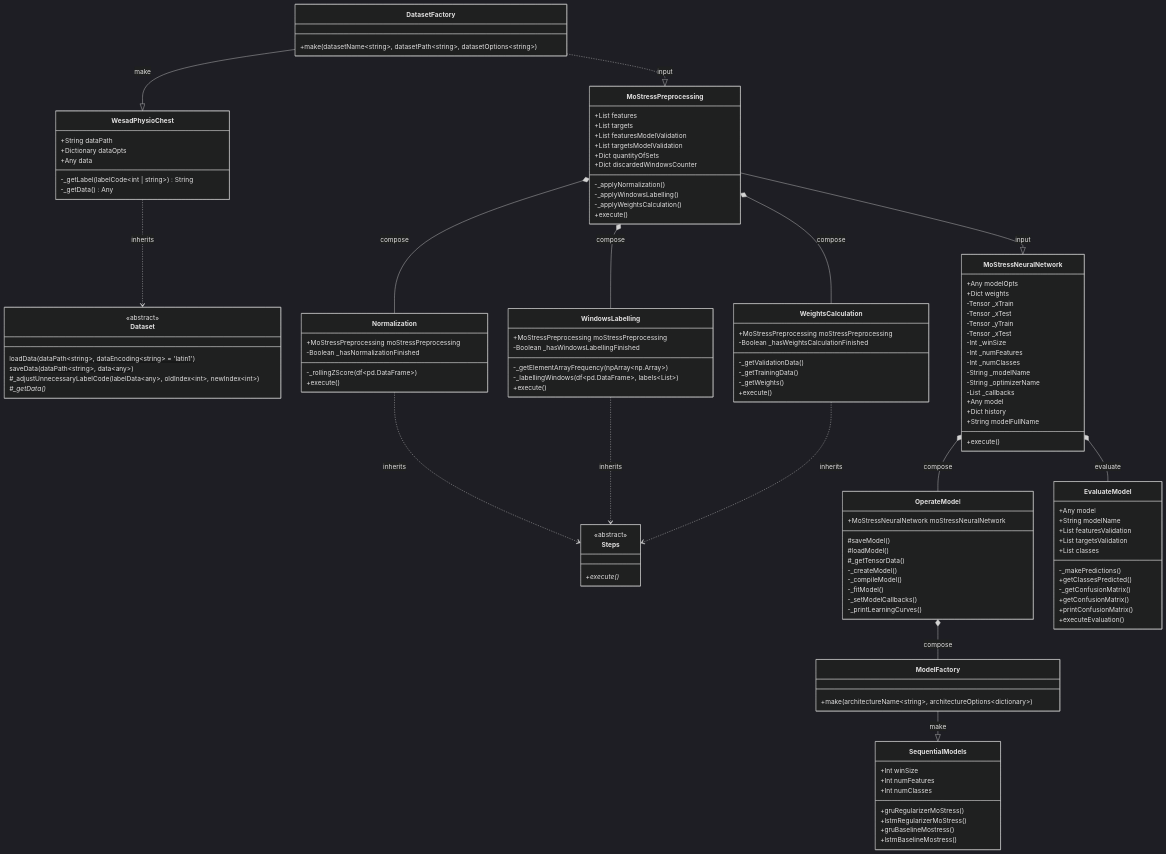
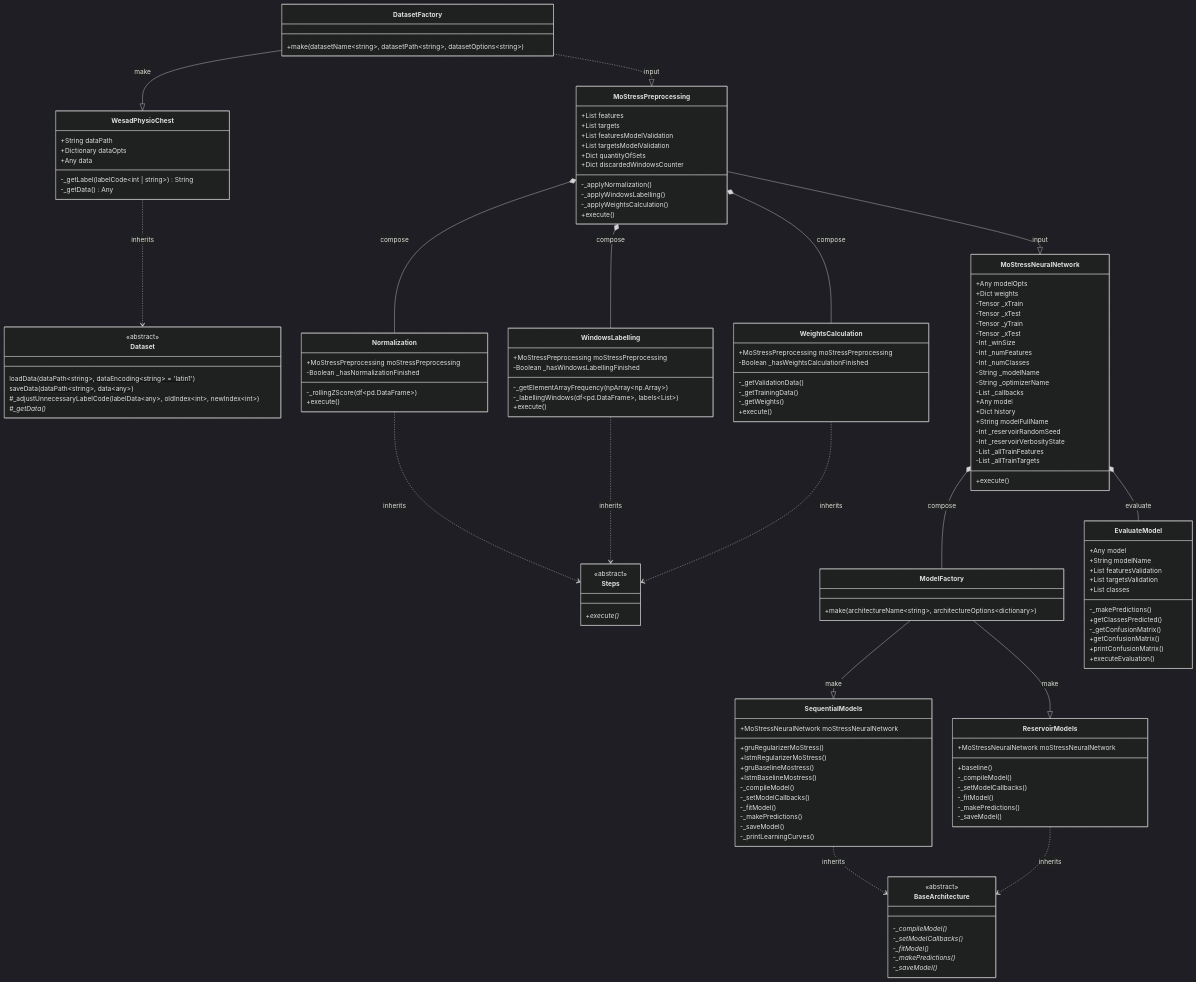
One commit to ramos-ai/MoStress changed the diagram in README.md. Above: the diagram before and after it, drawn with Mermaid (dark theme). The commit also changed other lines of this file, not shown here.

````diff
--- a/README.md
+++ b/README.md
@@ -164,27 +166,37 @@
   class ModelFactory {
     +make(architectureName~string~, architectureOptions~dictionary~)
   }
-  class SequentialModels{
-    +Int winSize
-    +Int numFeatures
-    +Int numClasses
+  class BaseArchitecture {
+    <<abstract>>     
+    -_compileModel()*
+    -_setModelCallbacks()*
+    -_fitModel()*
+    -_makePredictions()*
+    -_saveModel()*
+  }
+  class SequentialModels {
+    +MoStressNeuralNetwork moStressNeuralNetwork
 
     +gruRegularizerMoStress()
     +lstmRegularizerMoStress()
     +gruBaselineMostress()
     +lstmBaselineMostress()
+    -_compileModel()
+    -_setModelCallbacks()
+    -_fitModel()
+    -_makePredictions()
+    -_saveModel()
+    -_printLearningCurves()
   }
-  class OperateModel {
+  class ReservoirModels {
     +MoStressNeuralNetwork moStressNeuralNetwork
 
-    #saveModel()
-    #loadModel()
-    #_getTensorData()
-    -_createModel()
+    +baseline()
     -_compileModel()
+    -_setModelCallbacks()
     -_fitModel()
-    -_setModelCallbacks()
-    -_printLearningCurves()
+    -_makePredictions()
+    -_saveModel()
   }
   class EvaluateModel {
     +Any model
@@ -216,14 +228,20 @@
     +Any model
     +Dict history
     +String modelFullName
+    -Int _reservoirRandomSeed
+    -Int _reservoirVerbosityState
+    -List _allTrainFeatures
+    -List _allTrainTargets
 
     +execute()
   }
 
 ModelFactory --|> SequentialModels:make
-OperateModel *-- ModelFactory: compose
-MoStressNeuralNetwork *-- OperateModel: compose
+ModelFactory --|> ReservoirModels:make
+MoStressNeuralNetwork *-- ModelFactory: compose
 MoStressNeuralNetwork *-- EvaluateModel: evaluate
 MoStressPreprocessing --|> MoStressNeuralNetwork: input
+SequentialModels ..> BaseArchitecture: inherits
+ReservoirModels ..> BaseArchitecture: inherits
 
 ```
````
